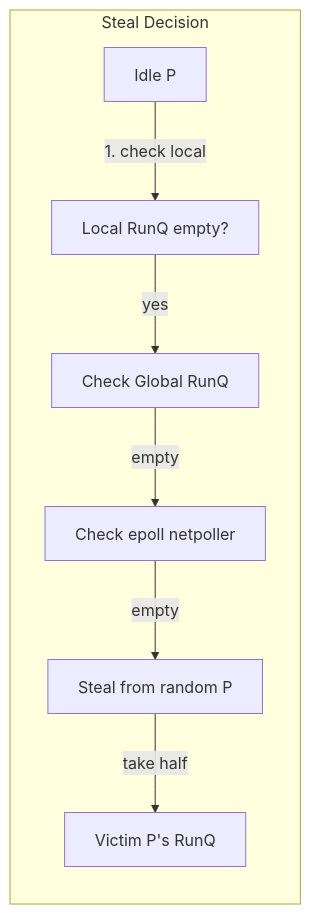
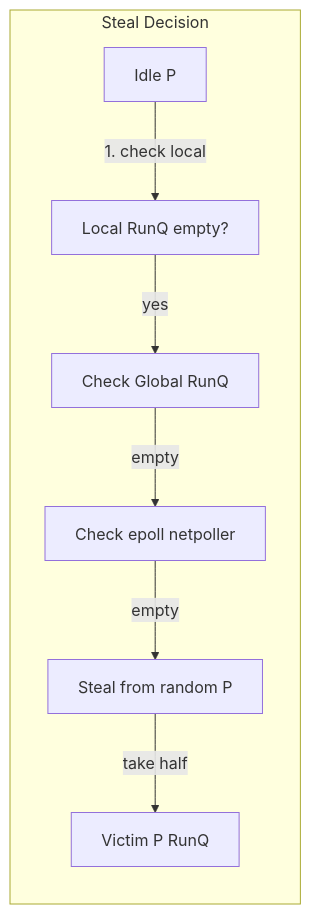
Before and after one commit to choisimo/document: the fourth of 29 diagrams in docs/books/cs-reference/programming-languages-internals.md, drawn with Mermaid. The commit also changed other lines of this file and 4514 other files, not shown here.

Commit message:
- sequenceDiagram` 내 `;`로 끊기던 메시지/노트 문장 정리 - `stateDiagram` 라벨 내부 추가 `:`/`::` 구문 정리 - `flowchart`에서 줄 끝 `-->` 끊김 체인 정리 - `block-betting` 오타를 `block-beta`로 수정 - 엄격 파서에서 깨지던 수식/특수문자 라벨 일부 ASCII 정규화

````diff
--- a/docs/books/cs-reference/programming-languages-internals.md
+++ b/docs/books/cs-reference/programming-languages-internals.md
@@ -65,10 +65,10 @@
 ```mermaid
 flowchart LR
     subgraph "Steal Decision"
         P_idle[Idle P] -->|1. check local| LRQ[Local RunQ empty?]
         LRQ -->|yes| GRQ[Check Global RunQ]
         GRQ -->|empty| Netpoll[Check epoll netpoller]
         Netpoll -->|empty| Steal[Steal from random P]
-        Steal -->|take half| VictimQ[Victim P's RunQ]
+        Steal -->|take half| VictimQ[Victim P RunQ]
     end
 ```
````
